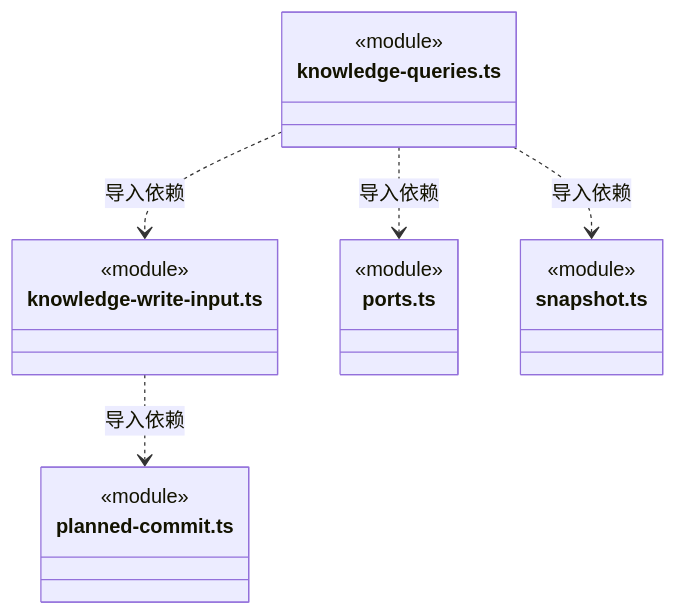
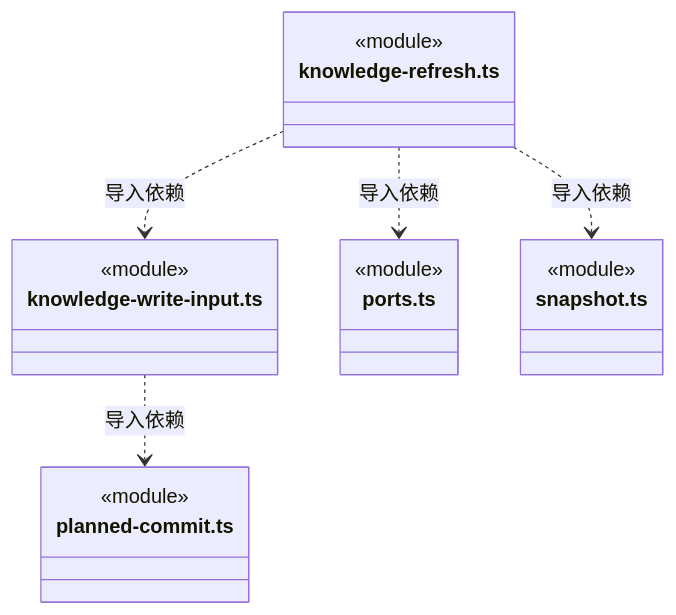
Before and after one commit to nan023062/cbim: diagram 26 of 32 in src/backend/core/knowledge/ARCHITECTURE.md, drawn with Mermaid. The commit also changed other lines of this file and 32 other files, not shown here.

First line of the commit message:
refactor: isolate knowledge queries and scoped domain tests

````diff
--- a/src/backend/core/knowledge/ARCHITECTURE.md
+++ b/src/backend/core/knowledge/ARCHITECTURE.md
@@ -617,22 +614,22 @@
 ```mermaid
 classDiagram
-class N_src_backend_core_knowledge_knowledge_queries_ts["knowledge-queries.ts"] {
+class N_src_backend_core_knowledge_knowledge_refresh_ts["knowledge-refresh.ts"] {
   <<module>>
 }
 class N_src_backend_core_knowledge_knowledge_write_input_ts["knowledge-write-input.ts"] {
   <<module>>
 }
 class N_src_backend_core_knowledge_ports_ts["ports.ts"] {
   <<module>>
 }
 class N_src_backend_core_knowledge_snapshot_ts["snapshot.ts"] {
   <<module>>
 }
 class N_src_backend_core_knowledge_planned_commit_ts["planned-commit.ts"] {
   <<module>>
 }
-N_src_backend_core_knowledge_knowledge_queries_ts ..> N_src_backend_core_knowledge_knowledge_write_input_ts : 导入依赖
-N_src_backend_core_knowledge_knowledge_queries_ts ..> N_src_backend_core_knowledge_ports_ts : 导入依赖
-N_src_backend_core_knowledge_knowledge_queries_ts ..> N_src_backend_core_knowledge_snapshot_ts : 导入依赖
+N_src_backend_core_knowledge_knowledge_refresh_ts ..> N_src_backend_core_knowledge_knowledge_write_input_ts : 导入依赖
+N_src_backend_core_knowledge_knowledge_refresh_ts ..> N_src_backend_core_knowledge_ports_ts : 导入依赖
+N_src_backend_core_knowledge_knowledge_refresh_ts ..> N_src_backend_core_knowledge_snapshot_ts : 导入依赖
 N_src_backend_core_knowledge_knowledge_write_input_ts ..> N_src_backend_core_knowledge_planned_commit_ts : 导入依赖
 ```
````
